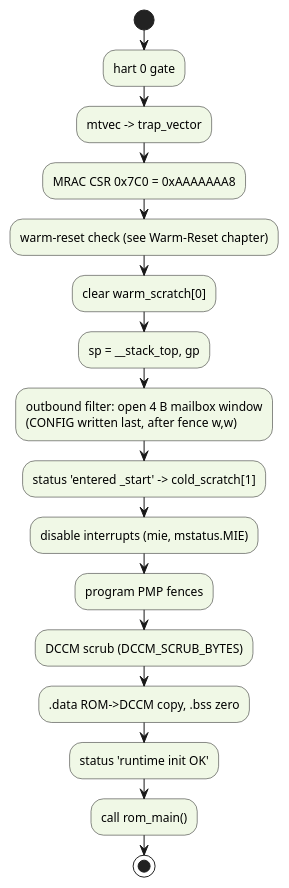
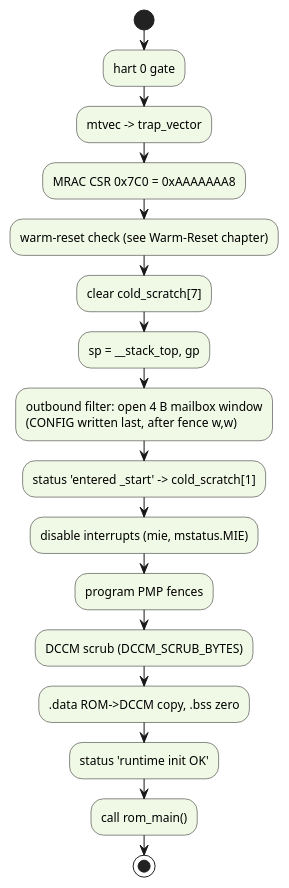
Before and after one commit to tenstorrent/tt-oca-harness: the second of 15 diagrams in hw/sys/sep/doc/rom.adoc, drawn with PlantUML. The commit also changed other lines of this file, not shown here.

First line of the commit message:
sep/doc: state the warm-handler slot and BL1 length rules the ROM implements

```diff
--- a/hw/sys/sep/doc/rom.adoc
+++ b/hw/sys/sep/doc/rom.adoc
@@ -564,23 +567,23 @@
 [plantuml,cpu-init,svg]
 ----
 @startuml
 skinparam ActivityBackgroundColor #f0f8e6
 start
 :hart 0 gate;
 :mtvec -> trap_vector;
 :MRAC CSR 0x7C0 = 0xAAAAAAA8;
 :warm-reset check (see Warm-Reset chapter);
-:clear warm_scratch[0];
+:clear cold_scratch[7];
 :sp = __stack_top, gp;
 :outbound filter: open 4 B mailbox window
 (CONFIG written last, after fence w,w);
 :status 'entered _start' -> cold_scratch[1];
 :disable interrupts (mie, mstatus.MIE);
 :program PMP fences;
 :DCCM scrub (DCCM_SCRUB_BYTES);
 :.data ROM->DCCM copy, .bss zero;
 :status 'runtime init OK';
 :call rom_main();
 stop
 @enduml
 ----
```
